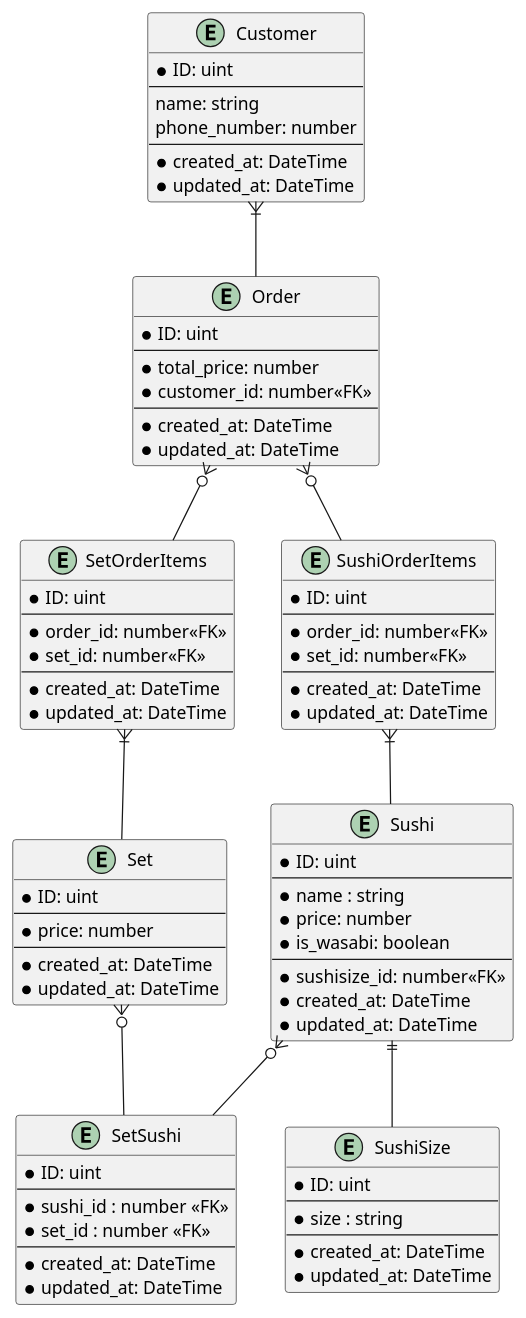
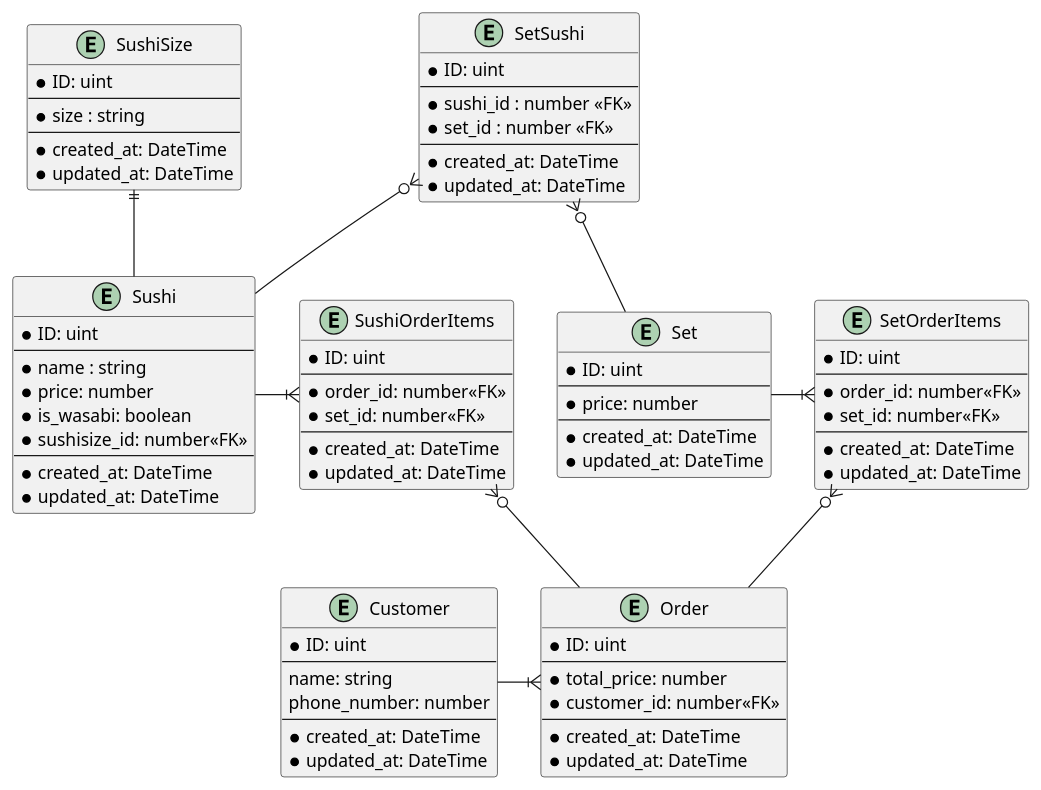
One commit to K-Sato1995/praha-bc changed the diagram in db1/sushi.pu. Above: the diagram before and after it, drawn with PlantUML.

Commit message:
Update diagram

```diff
--- a/db1/sushi.pu
+++ b/db1/sushi.pu
@@ -1,92 +1,93 @@
 @startuml
 entity Sushi {
   * ID: uint
   --
   * name : string
   * price: number
   * is_wasabi: boolean
+  * sushisize_id: number<<FK>>
   --
-  * sushisize_id: number<<FK>>
   * created_at: DateTime
   * updated_at: DateTime
 }
 
 entity SushiSize {
   * ID: uint
   --
   * size : string
   --
   * created_at: DateTime
   * updated_at: DateTime
 }
 
 entity Set {
   * ID: uint
   --
   * price: number
   --
   * created_at: DateTime
   * updated_at: DateTime
 }
 
 entity SetSushi {
   * ID: uint
   --
   * sushi_id : number <<FK>>
   * set_id : number <<FK>>
   --
   * created_at: DateTime
   * updated_at: DateTime
 }
 
 entity Order {
   * ID: uint
   --
   * total_price: number
   * customer_id: number<<FK>>
   --
   * created_at: DateTime
   * updated_at: DateTime
 }
 
 entity SetOrderItems {
   * ID: uint
   --
   * order_id: number<<FK>>
   * set_id: number<<FK>>
   --
   * created_at: DateTime
   * updated_at: DateTime
 }
 
 entity SushiOrderItems {
   * ID: uint
   --
   * order_id: number<<FK>>
   * set_id: number<<FK>>
   --
   * created_at: DateTime
   * updated_at: DateTime
 }
 
 entity Customer {
   * ID: uint
   --
   name: string
   phone_number: number
   --
   * created_at: DateTime
   * updated_at: DateTime
 }
 
-Sushi }o-- SetSushi
-Sushi ||-- SushiSize
-Set }o-- SetSushi
 
-Customer }|-- Order
-Order }o-- SetOrderItems
-Order }o-- SushiOrderItems
+Order }|--l-- Customer
+SetOrderItems }o-- Order
+SushiOrderItems }o-- Order
 
-SetOrderItems }|-- Set
-SushiOrderItems }|-- Sushi
+SetSushi }o-- Sushi 
+SushiSize||-- Sushi
+SetSushi }o-- Set
+
+SetOrderItems }|-l- Set
+SushiOrderItems }|-l- Sushi
 @enduml
```
